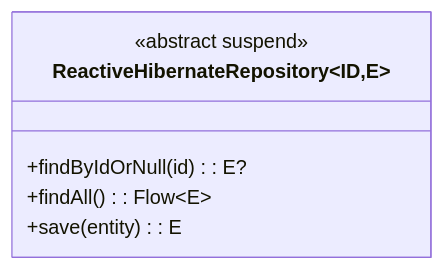
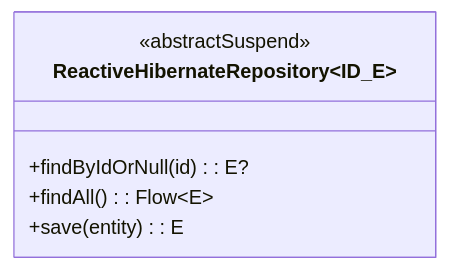
One commit to bluetape4k/bluetape4k-projects changed the first of 3 diagrams in data/hibernate-reactive/README.md. Above: the diagram before and after it, drawn with Mermaid. The commit also changed 95 other files, not shown here.

First line of the commit message:
docs: Mermaid 파서 오류 전체 수정 (IntelliJ IDEA 호환)

````diff
--- a/data/hibernate-reactive/README.md
+++ b/data/hibernate-reactive/README.md
@@ -82,13 +82,11 @@
 ```mermaid
 classDiagram
     direction TB
-    class ReactiveHibernateRepository~ID,E~ {
-        <<abstract suspend>>
+    class ReactiveHibernateRepository~ID_E~ {
+        <<abstractSuspend>>
         +findByIdOrNull(id): E?
         +findAll(): Flow~E~
         +save(entity): E
     }
 
-    classDef repoStyle fill:#2196F3
-    class ReactiveHibernateRepository:::repoStyle
 ```
````
